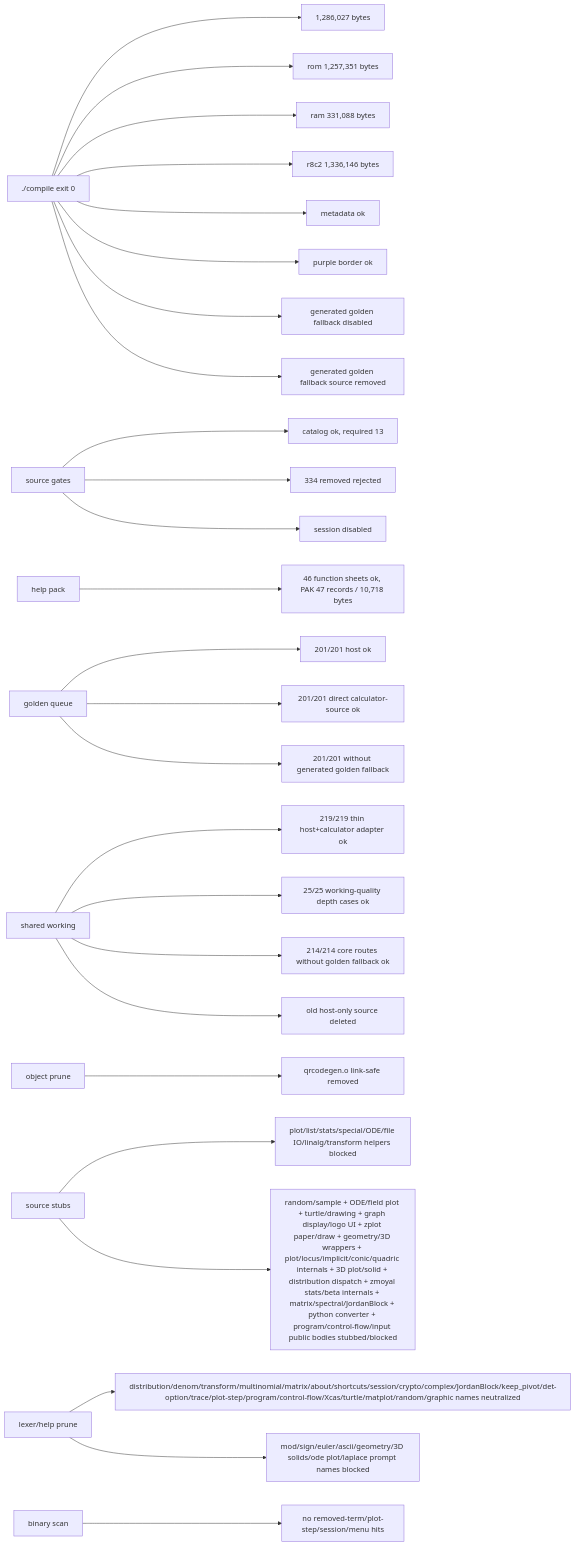
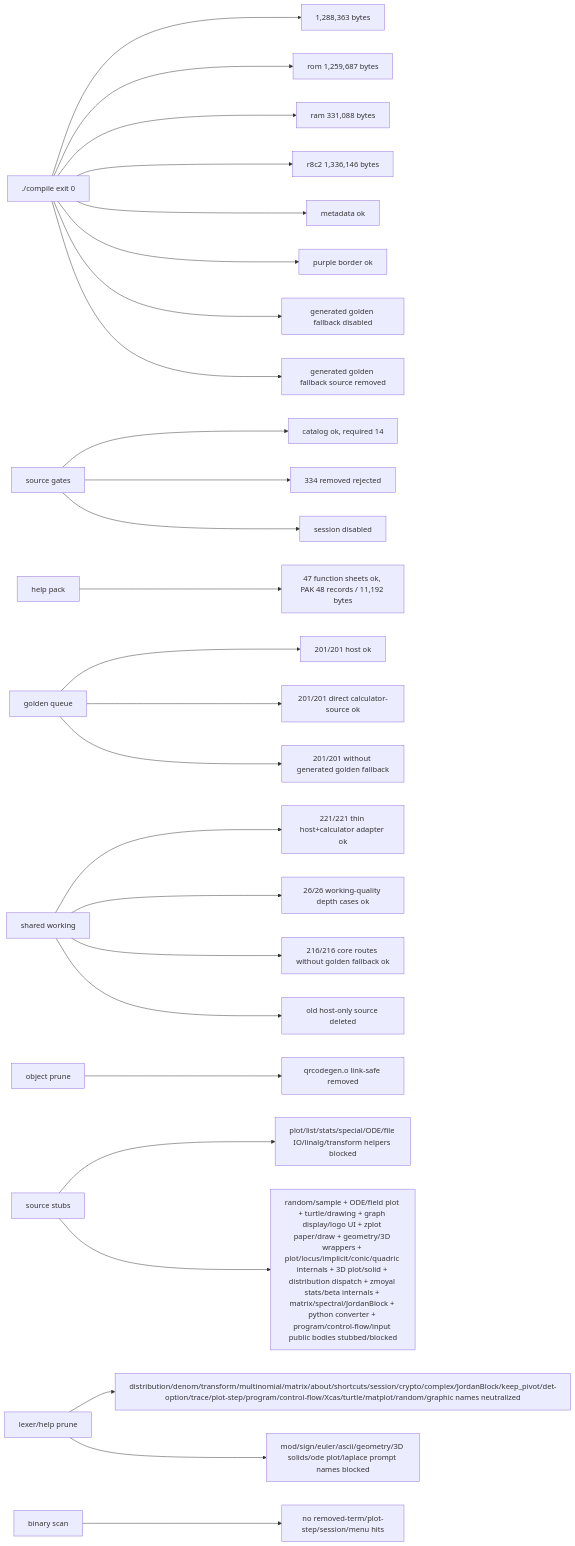
One commit to james8464/notes-addin-casio-fx-cg50 changed the seventh of 7 diagrams in docs/GRAPH.md. Above: the diagram before and after it, drawn with Mermaid. The commit also changed other lines of this file and 7 other files, not shown here.

````diff
--- a/docs/GRAPH.md
+++ b/docs/GRAPH.md
@@ -193,28 +194,28 @@
 ```mermaid
 graph LR
-  Build["./compile exit 0"] --> Size["1,286,027 bytes"]
-  Build --> Rom["rom 1,257,351 bytes"]
+  Build["./compile exit 0"] --> Size["1,288,363 bytes"]
+  Build --> Rom["rom 1,259,687 bytes"]
   Build --> Ram["ram 331,088 bytes"]
   Build --> R8C2["r8c2 1,336,146 bytes"]
   Build --> Meta["metadata ok"]
   Build --> Border["purple border ok"]
   Build --> NoRuntimeFallback["generated golden fallback disabled"]
   Build --> NoRuntimeSource["generated golden fallback source removed"]
-  Source["source gates"] --> Catalog["catalog ok, required 13"]
+  Source["source gates"] --> Catalog["catalog ok, required 14"]
   Source --> Removed["334 removed rejected"]
   Source --> Session["session disabled"]
-  Help["help pack"] --> HelpQ["46 function sheets ok, PAK 47 records / 10,718 bytes"]
+  Help["help pack"] --> HelpQ["47 function sheets ok, PAK 48 records / 11,192 bytes"]
   Queue["golden queue"] --> QueueRun["201/201 host ok"]
   Queue --> GoldenRun["201/201 direct calculator-source ok"]
   Queue --> NoGolden["201/201 without generated golden fallback"]
-  Shared["shared working"] --> SharedRun["219/219 thin host+calculator adapter ok"]
-  Shared --> WorkQ["25/25 working-quality depth cases ok"]
-  Shared --> CoreRun["214/214 core routes without golden fallback ok"]
+  Shared["shared working"] --> SharedRun["221/221 thin host+calculator adapter ok"]
+  Shared --> WorkQ["26/26 working-quality depth cases ok"]
+  Shared --> CoreRun["216/216 core routes without golden fallback ok"]
   Shared --> NoHostSrc["old host-only source deleted"]
   Obj["object prune"] --> QR["qrcodegen.o link-safe removed"]
   Macro["source stubs"] --> Stubbed["plot/list/stats/special/ODE/file IO/linalg/transform helpers blocked"]
   Macro --> RuntimeStubbed["random/sample + ODE/field plot + turtle/drawing + graph display/logo UI + zplot paper/draw + geometry/3D wrappers + plot/locus/implicit/conic/quadric internals + 3D plot/solid + distribution dispatch + zmoyal stats/beta internals + matrix/spectral/JordanBlock + python converter + program/control-flow/input public bodies stubbed/blocked"]
   Static["lexer/help prune"] --> StaticRun["distribution/denom/transform/multinomial/matrix/about/shortcuts/session/crypto/complex/JordanBlock/keep_pivot/det-option/trace/plot-step/program/control-flow/Xcas/turtle/matplot/random/graphic names neutralized"]
   Static --> PromptRun["mod/sign/euler/ascii/geometry/3D solids/ode plot/laplace prompt names blocked"]
   Bin["binary scan"] --> NoLeak["no removed-term/plot-step/session/menu hits"]
 ```
````
